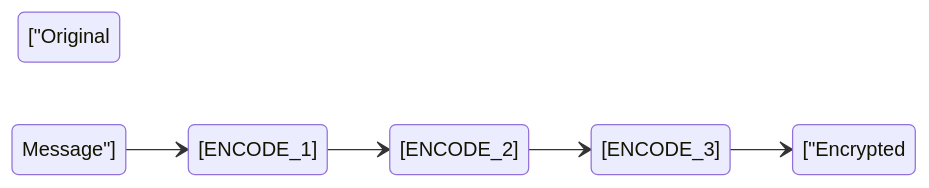
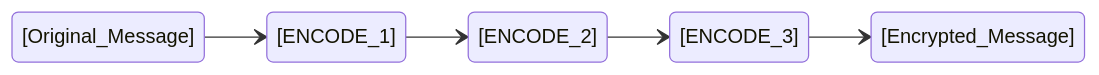
One commit to tudorcoroian17/ALP changed the first of 2 diagrams in GroupWork_02/G5/README.md. Above: the diagram before and after it, drawn with Mermaid. The commit also changed other lines of this file, not shown here.

Commit message:
Add first part of group work 2

````diff
--- a/GroupWork_02/G5/README.md
+++ b/GroupWork_02/G5/README.md
@@ -27,8 +27,8 @@
 ```mermaid
 stateDiagram
     direction LR
-    ["Original Message"] --> [ENCODE_1]
+    [Original_Message] --> [ENCODE_1]
     [ENCODE_1] --> [ENCODE_2]
     [ENCODE_2] --> [ENCODE_3]
-    [ENCODE_3] --> ["Encrypted Message"]
+    [ENCODE_3] --> [Encrypted_Message]
 ```
````
